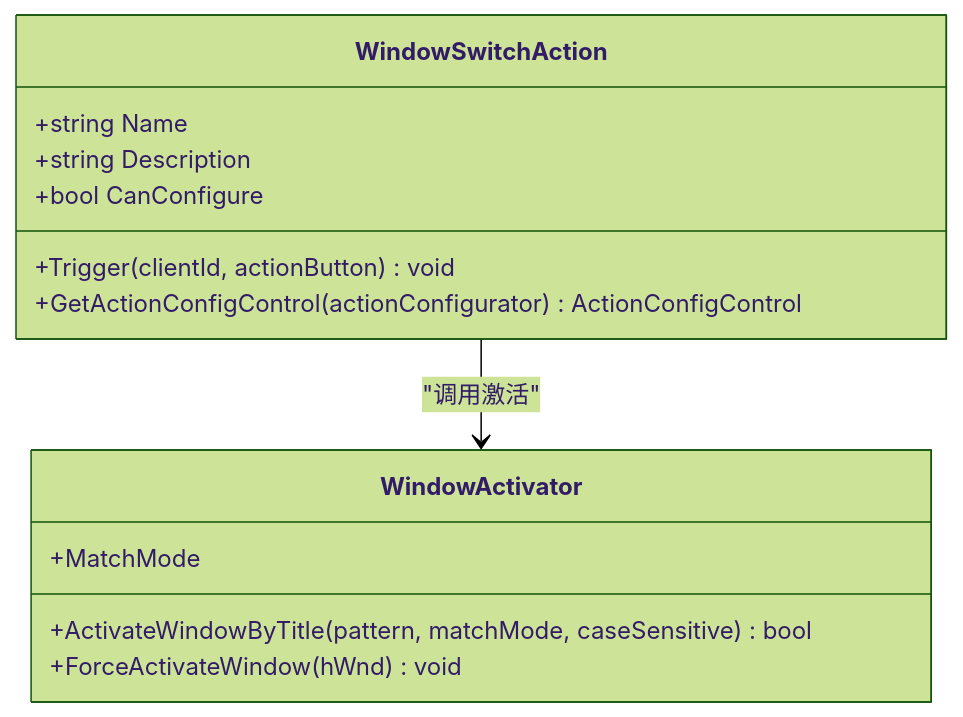
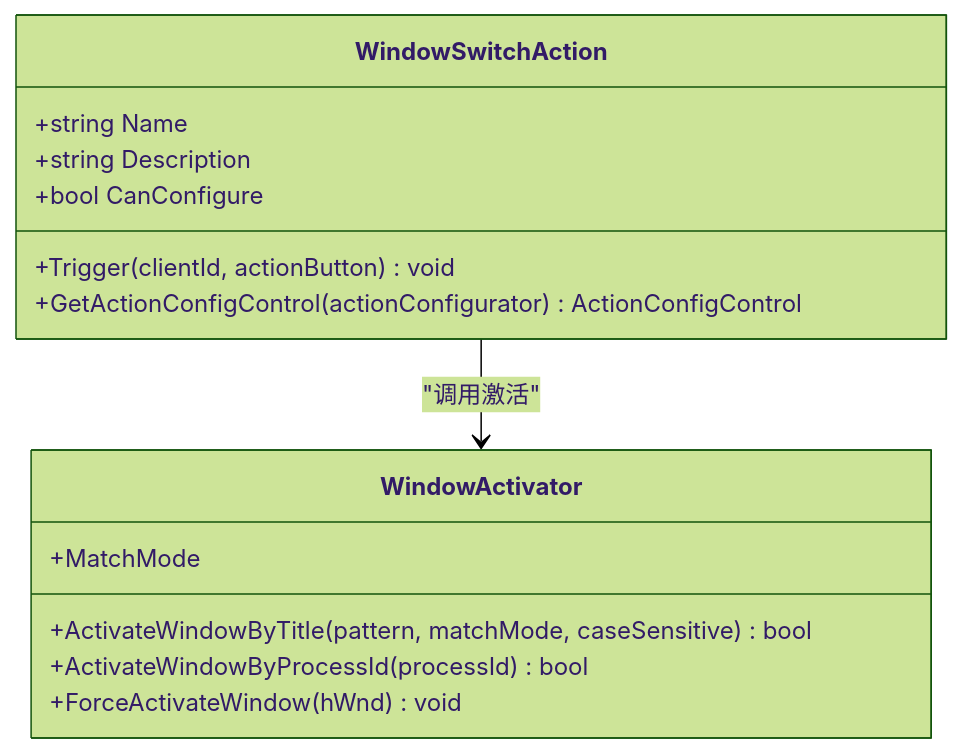
The third of 6 diagrams in .qoder/repowiki/zh/content/核心功能/窗口管理系统.md (tea4go/Macro-Deck-Windows-Utils-Plugin), drawn with Mermaid (forest theme) before and after one commit. The commit also changed other lines of this file and 16 other files, not shown here.

````diff
--- a/.qoder/repowiki/zh/content/核心功能/窗口管理系统.md
+++ b/.qoder/repowiki/zh/content/核心功能/窗口管理系统.md
@@ -145,16 +167,17 @@
 ```mermaid
 classDiagram
 class WindowSwitchAction {
 +string Name
 +string Description
 +bool CanConfigure
 +Trigger(clientId, actionButton) void
 +GetActionConfigControl(actionConfigurator) ActionConfigControl
 }
 class WindowActivator {
 +MatchMode
 +ActivateWindowByTitle(pattern, matchMode, caseSensitive) bool
++ActivateWindowByProcessId(processId) bool
 +ForceActivateWindow(hWnd) void
 }
 WindowSwitchAction --> WindowActivator : "调用激活"
 ```
````
